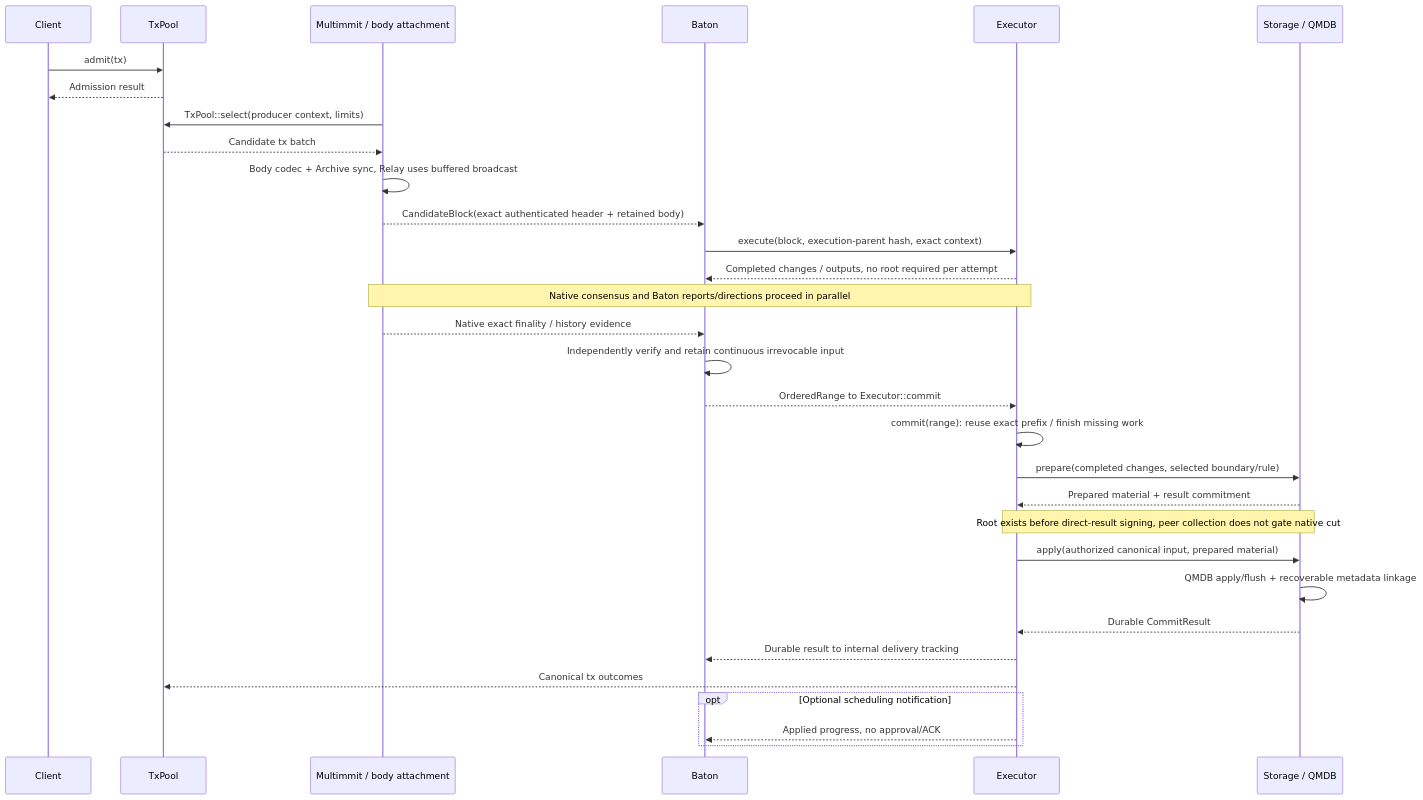
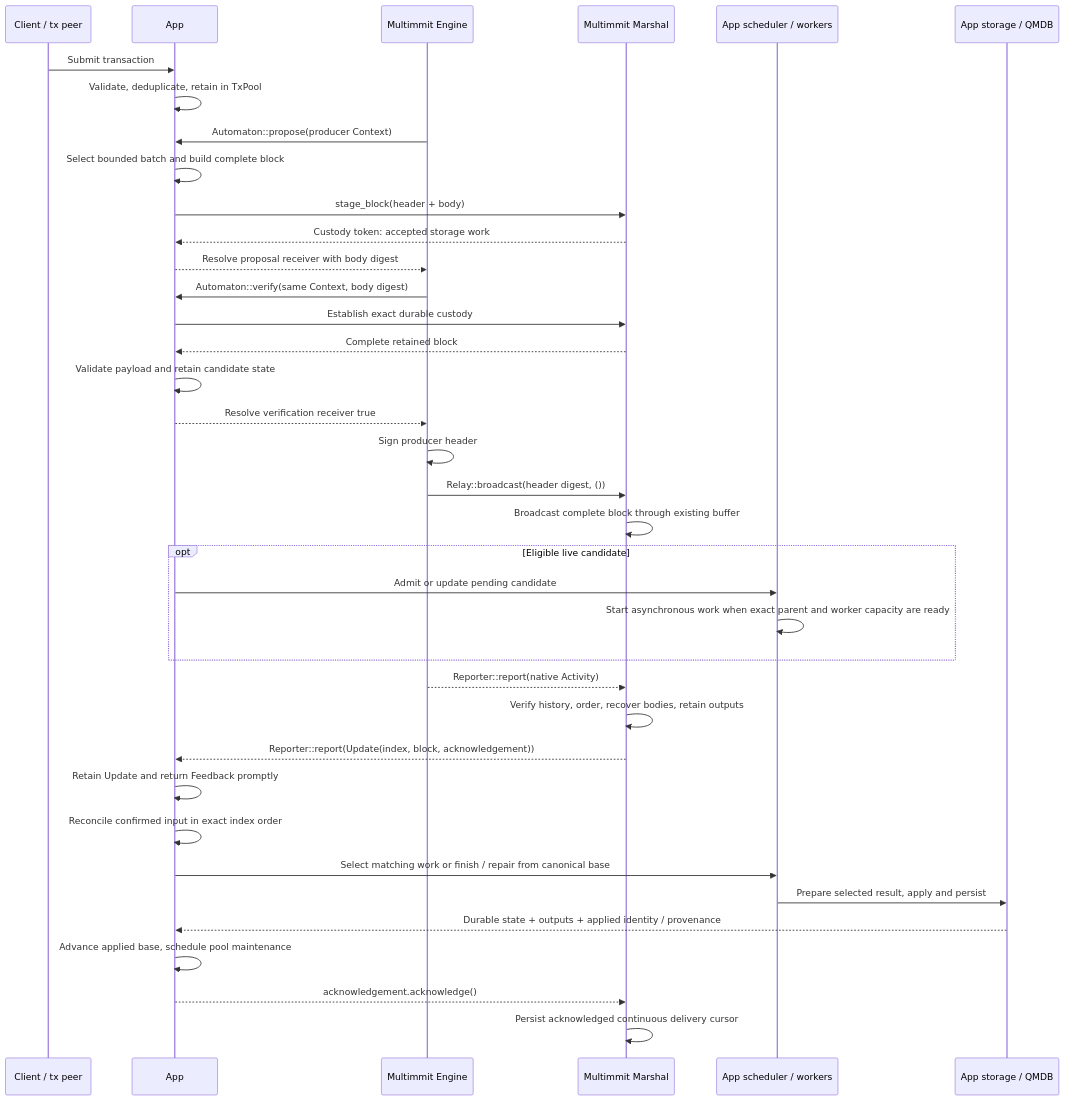
The diagram in docs/assets/diagrams/diagram-02.mmd (djm07073/baton-research), drawn with Mermaid before and after one commit. The commit also changed 292 other files, not shown here.

Commit message:
docs: redesign Baton around App-owned scheduling

```diff
--- a/docs/assets/diagrams/diagram-02.mmd
+++ b/docs/assets/diagrams/diagram-02.mmd
@@ -1,31 +1,37 @@
 sequenceDiagram
-    participant C as Client
-    participant T as TxPool
-    participant N as Multimmit / body attachment
-    participant B as Baton
-    participant E as Executor
-    participant S as Storage / QMDB
-    C->>T: admit(tx)
-    T-->>C: Admission result
-    N->>T: TxPool::select(producer context, limits)
-    T-->>N: Candidate tx batch
-    N->>N: Body codec + Archive sync, Relay uses buffered broadcast
-    N-->>B: CandidateBlock(exact authenticated header + retained body)
-    B->>E: execute(block, execution-parent hash, exact context)
-    E-->>B: Completed changes / outputs, no root required per attempt
-    Note over N,E: Native consensus and Baton reports/directions proceed in parallel
-    N-->>B: Native exact finality / history evidence
-    B->>B: Independently verify and retain continuous irrevocable input
-    B-->>E: OrderedRange to Executor::commit
-    E->>E: commit(range): reuse exact prefix / finish missing work
-    E->>S: prepare(completed changes, selected boundary/rule)
-    S-->>E: Prepared material + result commitment
-    Note over E,S: Root exists before direct-result signing, peer collection does not gate native cut
-    E->>S: apply(authorized canonical input, prepared material)
-    S->>S: QMDB apply/flush + recoverable metadata linkage
-    S-->>E: Durable CommitResult
-    E-->>B: Durable result to internal delivery tracking
-    E-->>T: Canonical tx outcomes
-    opt Optional scheduling notification
-        E-->>B: Applied progress, no approval/ACK
+    participant C as Client / tx peer
+    participant A as App
+    participant N as Multimmit Engine
+    participant M as Multimmit Marshal
+    participant Q as App scheduler / workers
+    participant S as App storage / QMDB
+    C->>A: Submit transaction
+    A->>A: Validate, deduplicate, retain in TxPool
+    N->>A: Automaton::propose(producer Context)
+    A->>A: Select bounded batch and build complete block
+    A->>M: stage_block(header + body)
+    M-->>A: Custody token: accepted storage work
+    A-->>N: Resolve proposal receiver with body digest
+    N->>A: Automaton::verify(same Context, body digest)
+    A->>M: Establish exact durable custody
+    M-->>A: Complete retained block
+    A->>A: Validate payload and retain candidate state
+    A-->>N: Resolve verification receiver true
+    N->>N: Sign producer header
+    N->>M: Relay::broadcast(header digest, ())
+    M->>M: Broadcast complete block through existing buffer
+    opt Eligible live candidate
+        A->>Q: Admit or update pending candidate
+        Q->>Q: Start asynchronous work when exact parent and worker capacity are ready
     end
+    N-->>M: Reporter::report(native Activity)
+    M->>M: Verify history, order, recover bodies, retain outputs
+    M-->>A: Reporter::report(Update(index, block, acknowledgement))
+    A->>A: Retain Update and return Feedback promptly
+    A->>A: Reconcile confirmed input in exact index order
+    A->>Q: Select matching work or finish / repair from canonical base
+    Q->>S: Prepare selected result, apply and persist
+    S-->>A: Durable state + outputs + applied identity / provenance
+    A->>A: Advance applied base, schedule pool maintenance
+    A-->>M: acknowledgement.acknowledge()
+    M->>M: Persist acknowledged continuous delivery cursor
```
